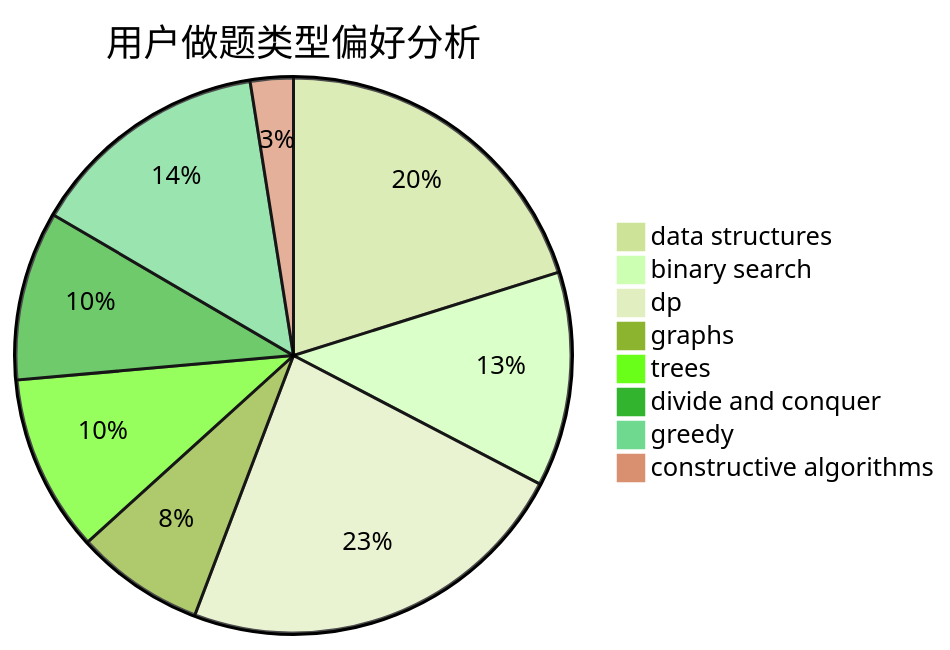
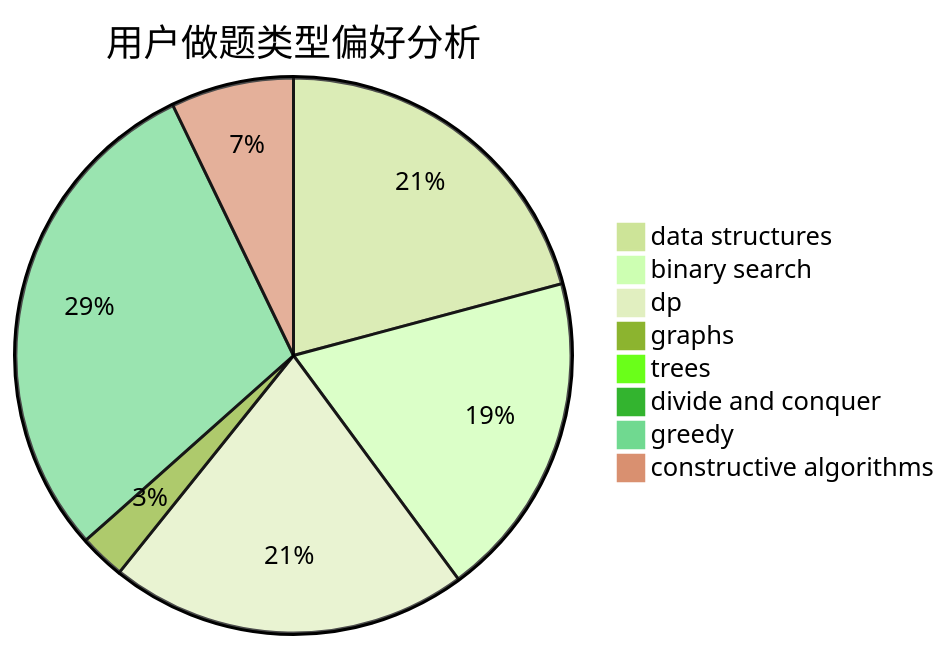
Before and after one commit to sherpahu/cfrs.github.io: the second of 3 diagrams in docs/user/u191.md, drawn with Mermaid (forest theme). The commit also changed other lines of this file and 2770 other files, not shown here.

````diff
--- a/docs/user/u191.md
+++ b/docs/user/u191.md
@@ -23,11 +23,11 @@
 ```mermaid
 pie title 用户做题类型偏好分析
-    "data structures" :  129
-    "binary search" :  80
-    "dp" :  148
-    "graphs" :  48
-    "trees" :  66
-    "divide and conquer" :  63
-    "greedy" :  90
-    "constructive algorithms" :  16
+    "data structures" :  478
+    "binary search" :  437
+    "dp" :  479
+    "graphs" :  61
+    "trees" :  9
+    "divide and conquer" :  0
+    "greedy" :  675
+    "constructive algorithms" :  164
 ```
````
